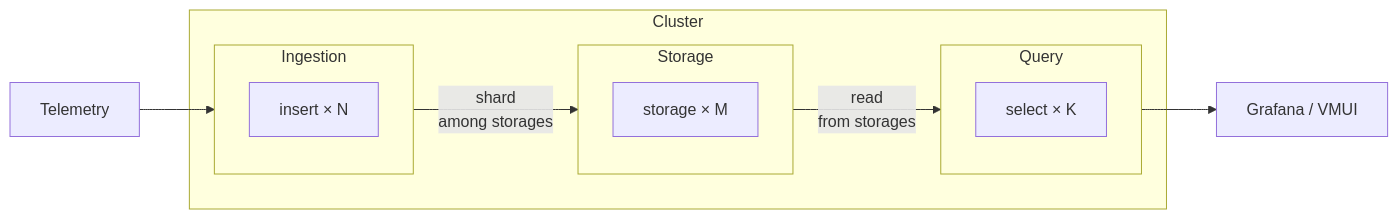
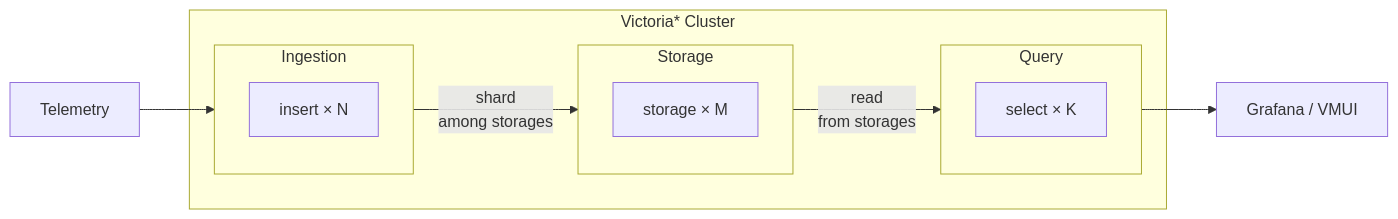
One commit to VictoriaMetrics/VictoriaStack changed the diagram in docs/victoriastack/README.md. Above: the diagram before and after it, drawn with Mermaid. The commit also changed other lines of this file and 2 other files, not shown here.

````diff
--- a/docs/victoriastack/README.md
+++ b/docs/victoriastack/README.md
@@ -62,33 +62,33 @@
 ```mermaid
 flowchart LR
 
     Sources["Telemetry"]
 
     Sources --> VI
 
-    subgraph Cluster
+    subgraph Victoria* Cluster
 
         subgraph Ingestion
             direction TB
             VI["insert × N"]
         end
 
         subgraph Storage
             direction TB
             VS["storage × M"]
         end
 
         subgraph Query
             direction TB
             VQ["select × K"]
         end
 
     end
 
     VI -->|"shard <br>among storages"| VS
     VS -->|"read <br>from storages"| VQ
 
     Clients["Grafana / VMUI"]
 
     VQ --> Clients
 ```
````
